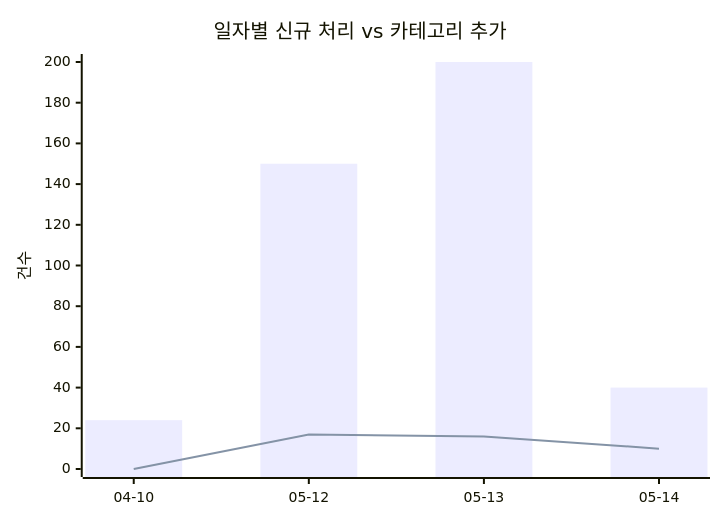
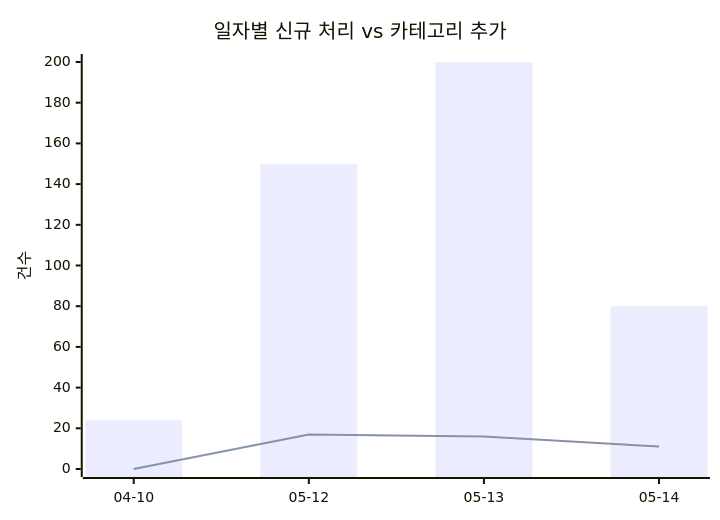
Before and after one commit to J-nowcow/awesome-korean-agent-skills: the first of 2 diagrams in docs/trends.md, drawn with Mermaid. The commit also changed other lines of this file and 3 other files, not shown here.

````diff
--- a/docs/trends.md
+++ b/docs/trends.md
@@ -32,8 +32,8 @@
 ```mermaid
 xychart-beta
     title "일자별 신규 처리 vs 카테고리 추가"
     x-axis ["04-10","05-12","05-13","05-14"]
     y-axis "건수"
-    bar [24,150,200,40]
-    line [0,17,16,10]
+    bar [24,150,200,80]
+    line [0,17,16,11]
 ```
````
